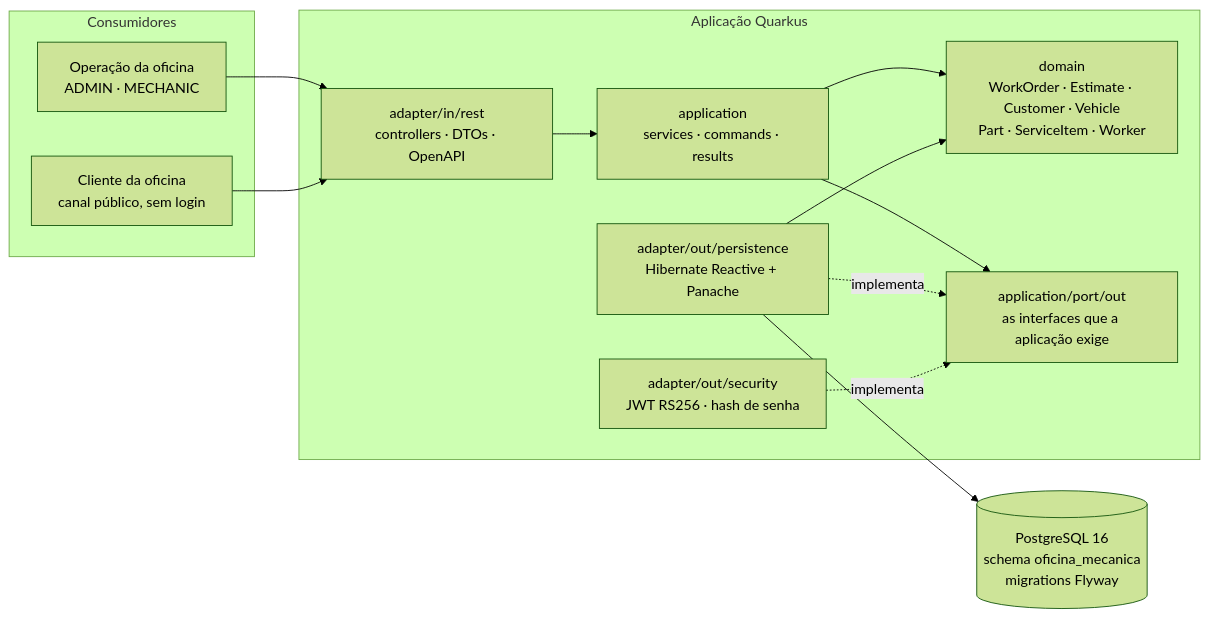
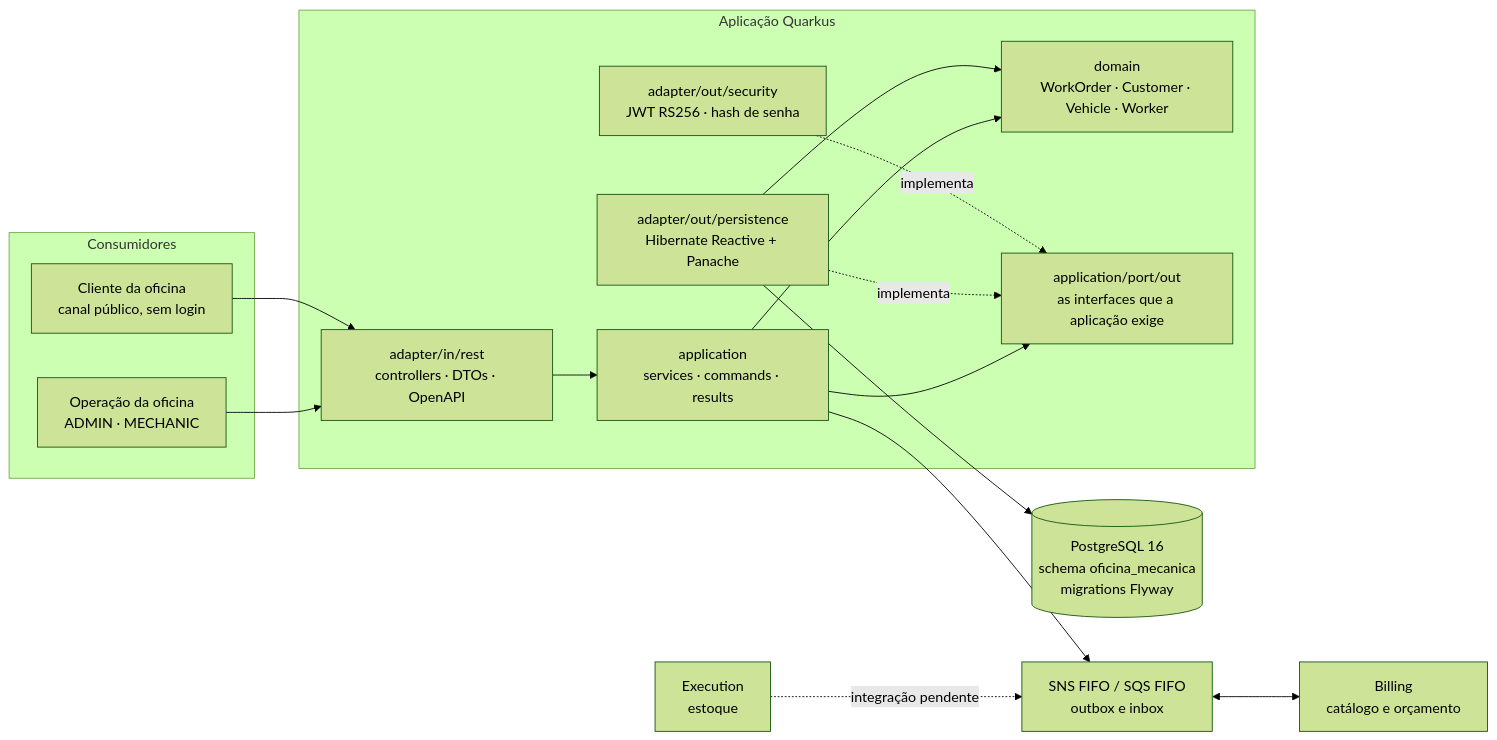
One commit to 15SOAT-JVGG/oficina-app changed the first of 3 diagrams in README.md. Above: the diagram before and after it, drawn with Mermaid (forest theme). The commit also changed other lines of this file and 156 other files, not shown here.

Commit message:
feat: integrate work orders with billing events

````diff
--- a/README.md
+++ b/README.md
@@ -89,28 +89,34 @@
 ```mermaid
 flowchart LR
     subgraph consumidores["Consumidores"]
         operacao["Operação da oficina<br/>ADMIN · MECHANIC"]
         cliente["Cliente da oficina<br/>canal público, sem login"]
     end
 
     subgraph aplicacao["Aplicação Quarkus"]
         rest["adapter/in/rest<br/>controllers · DTOs · OpenAPI"]
         casos["application<br/>services · commands · results"]
-        dominio["domain<br/>WorkOrder · Estimate · Customer · Vehicle<br/>Part · ServiceItem · Worker"]
+        dominio["domain<br/>WorkOrder · Customer · Vehicle · Worker"]
         portas["application/port/out<br/>as interfaces que a aplicação exige"]
         persistencia["adapter/out/persistence<br/>Hibernate Reactive + Panache"]
         seguranca["adapter/out/security<br/>JWT RS256 · hash de senha"]
     end
 
     banco[("PostgreSQL 16<br/>schema oficina_mecanica<br/>migrations Flyway")]
+    eventos["SNS FIFO / SQS FIFO<br/>outbox e inbox"]
+    billing["Billing<br/>catálogo e orçamento"]
+    execution["Execution<br/>estoque"]
 
     operacao --> rest
     cliente --> rest
     rest --> casos
     casos --> dominio
     casos --> portas
+    casos --> eventos
+    eventos <--> billing
+    execution -. "integração pendente" .-> eventos
     persistencia -. "implementa" .-> portas
     seguranca -. "implementa" .-> portas
     persistencia --> dominio
     persistencia --> banco
 ```
````
